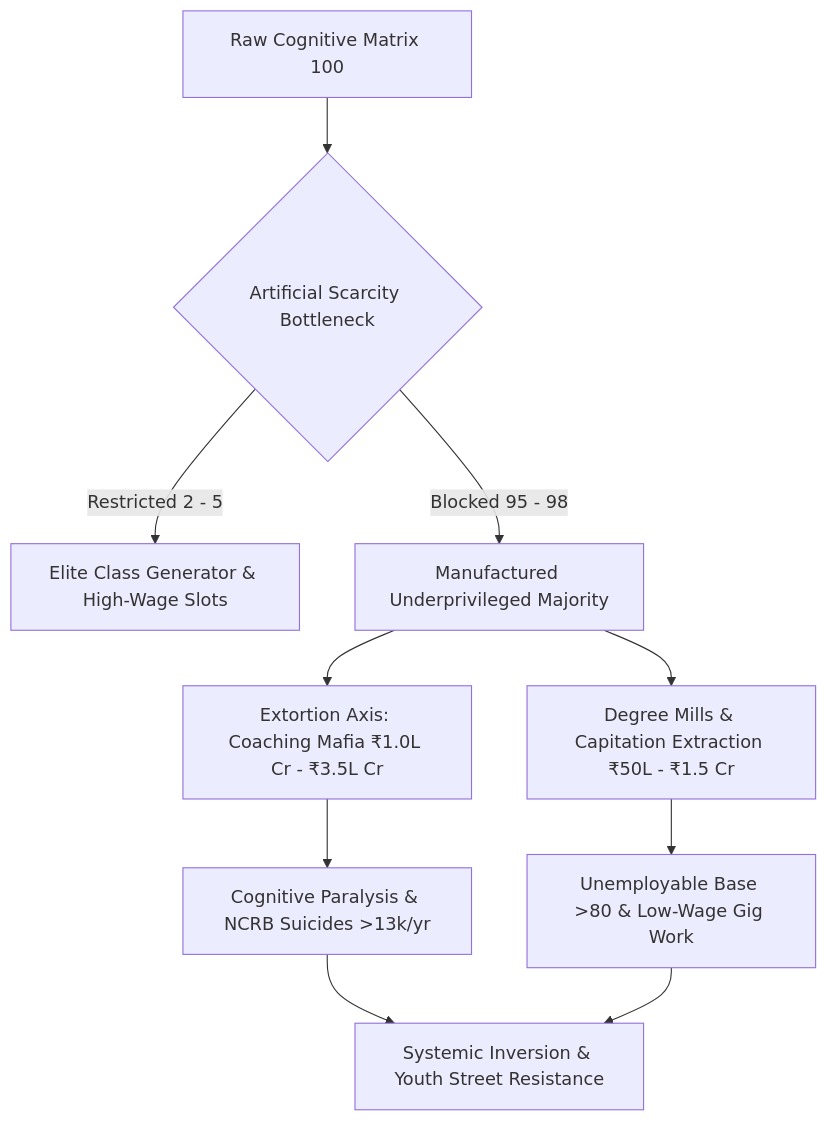
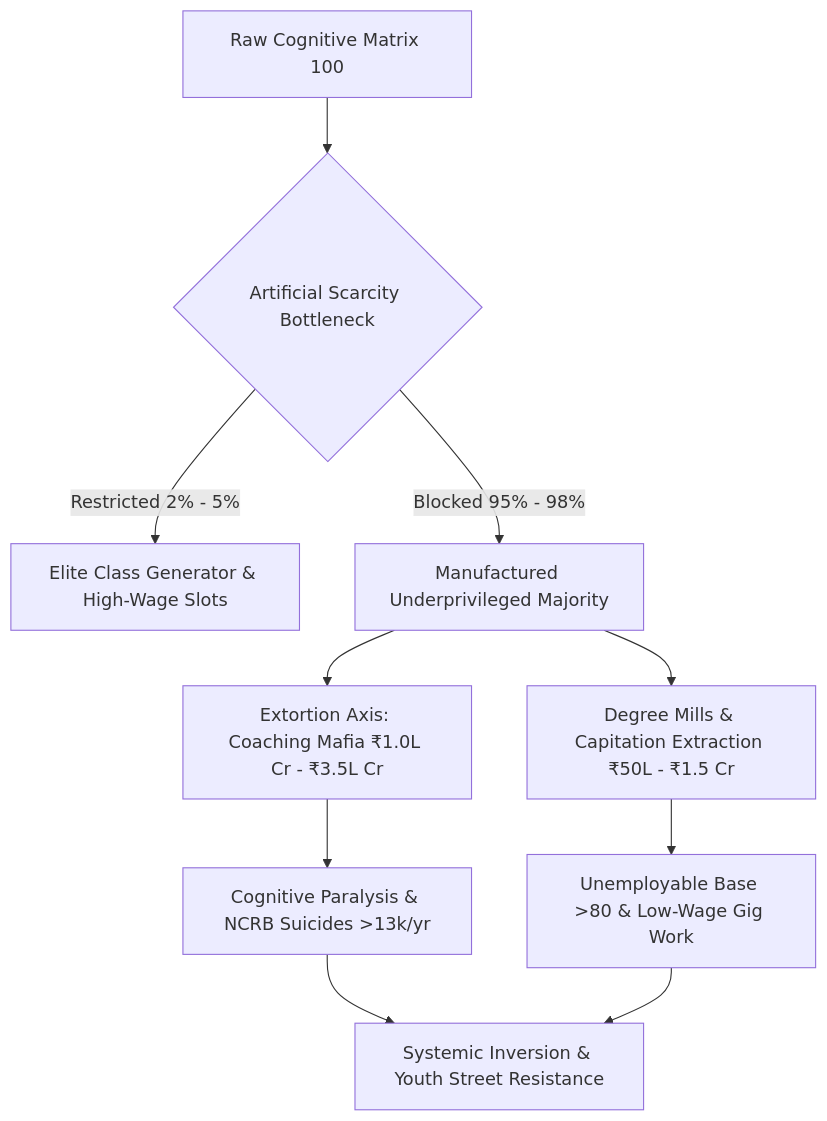
Before and after one commit to justicephysics/Nalanda: the diagram in published/file_3.md, drawn with Mermaid.

````diff
--- a/published/file_3.md
+++ b/published/file_3.md
@@ -33,12 +33,12 @@
 ```mermaid
 graph TD
     A[Raw Cognitive Matrix 100] --> B{Artificial Scarcity Bottleneck}
-    B -->|Restricted 2 - 5| C[Elite Class Generator & High-Wage Slots]
-    B -->|Blocked 95 - 98| D[Manufactured Underprivileged Majority]
+    B -->|Restricted 2% - 5%| C[Elite Class Generator & High-Wage Slots]
+    B -->|Blocked 95% - 98%| D[Manufactured Underprivileged Majority]
     D --> E[Extortion Axis: Coaching Mafia ₹1.0L Cr - ₹3.5L Cr]
     D --> F[Degree Mills & Capitation Extraction ₹50L - ₹1.5 Cr]
     E --> G[Cognitive Paralysis & NCRB Suicides >13k/yr]
     F --> H[Unemployable Base >80 & Low-Wage Gig Work]
     G --> I[Systemic Inversion & Youth Street Resistance]
     H --> I
 ```
````
